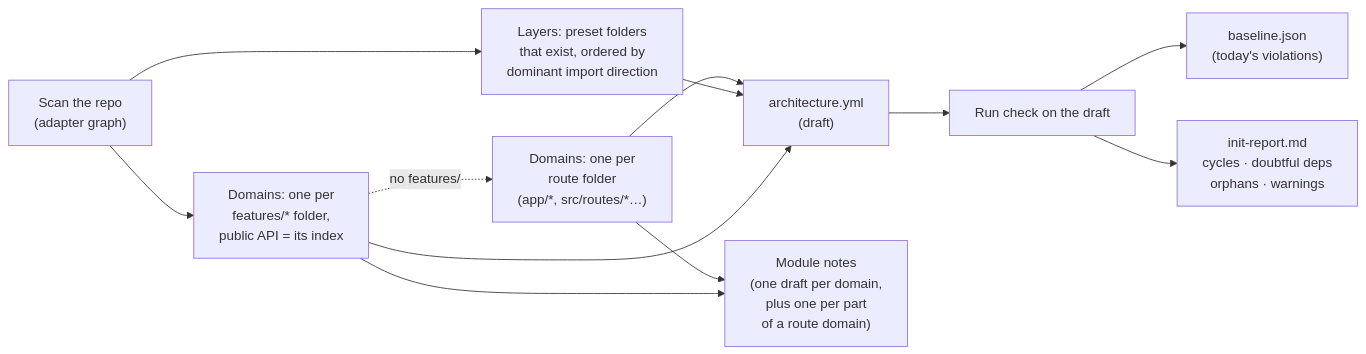
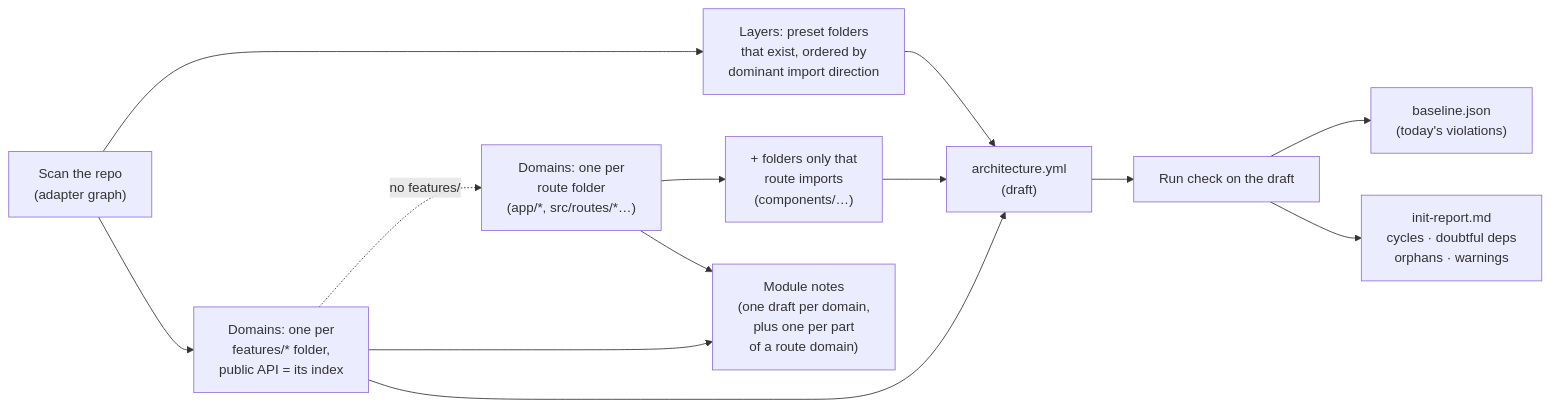
Before and after one commit to fredarcito/reins: the tenth of 16 diagrams in README.md, drawn with Mermaid. The commit also changed other lines of this file and 26 other files, not shown here.

Commit message:
0.5.0: route groups, logic outside routes by imports, barrels, loose files

````diff
--- a/README.md
+++ b/README.md
@@ -447,14 +447,15 @@
 ```mermaid
 flowchart LR
     scan["Scan the repo<br/>(adapter graph)"] --> layers["Layers: preset folders<br/>that exist, ordered by<br/>dominant import direction"]
     scan --> domains["Domains: one per<br/>features/* folder,<br/>public API = its index"]
     domains -. "no features/" .-> routes["Domains: one per<br/>route folder<br/>(app/*, src/routes/*…)"]
-    routes --> draft
+    routes --> owned["+ folders only that<br/>route imports<br/>(components/…)"]
+    owned --> draft
     routes --> notes["Module notes<br/>(one draft per domain,<br/>plus one per part<br/>of a route domain)"]
     domains --> notes
     layers --> draft["architecture.yml<br/>(draft)"]
     domains --> draft
     draft --> run["Run check on the draft"]
     run --> baseline["baseline.json<br/>(today's violations)"]
     run --> report["init-report.md<br/>cycles · doubtful deps<br/>orphans · warnings"]
 ```
````
